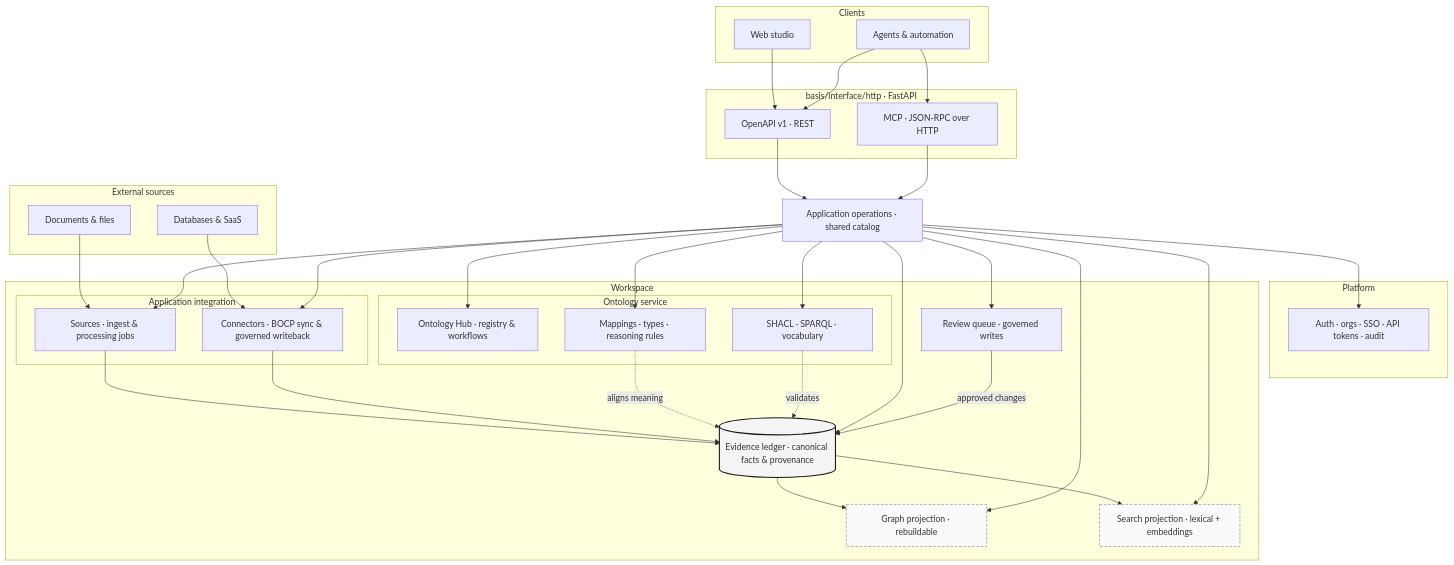
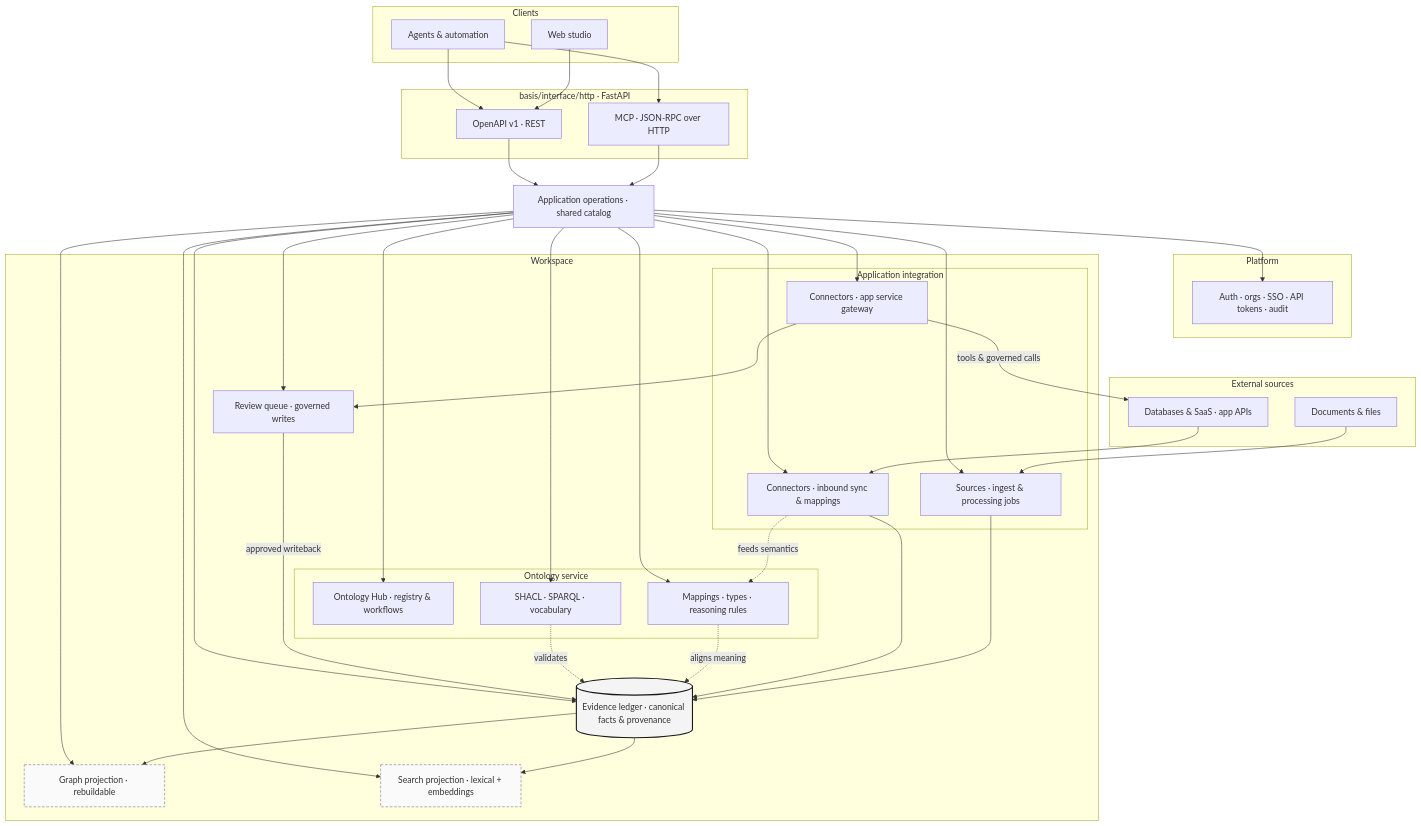
Before and after one commit to FellowOS/basis: the diagram in README.md, drawn with Mermaid. The commit also changed 2 other files, not shown here.

Commit message:
docs: show connectors as sync path and agent app-service gateway
Split connector roles in the architecture diagram: inbound sync into ledger/semantics versus MCP-governed tool access to external systems.

````diff
--- a/README.md
+++ b/README.md
@@ -60,72 +60,78 @@
 ```mermaid
 flowchart TB
   subgraph external["External sources"]
     docs["Documents & files"]
-    systems["Databases & SaaS"]
+    systems["Databases & SaaS · app APIs"]
   end
 
   subgraph clients["Clients"]
     studio["Web studio"]
     agents["Agents & automation"]
   end
 
   subgraph apiLayer["basis/interface/http · FastAPI"]
     rest["OpenAPI v1 · REST"]
     mcp["MCP · JSON-RPC over HTTP"]
   end
 
   ops["Application operations · shared catalog"]
 
   subgraph platform["Platform"]
     plat["Auth · orgs · SSO · API tokens · audit"]
   end
 
   subgraph workspace["Workspace"]
     subgraph integration["Application integration"]
       sources["Sources · ingest & processing jobs"]
-      conn["Connectors · BOCP sync & governed writeback"]
+      connSync["Connectors · inbound sync & mappings"]
+      connGw["Connectors · app service gateway"]
     end
 
     subgraph ontologySvc["Ontology service"]
       hub["Ontology Hub · registry & workflows"]
       govern["SHACL · SPARQL · vocabulary"]
       maps["Mappings · types · reasoning rules"]
     end
 
     ledger[("Evidence ledger · canonical facts & provenance")]
     review["Review queue · governed writes"]
     graphProj["Graph projection · rebuildable"]
     searchProj["Search projection · lexical + embeddings"]
   end
 
   docs --> sources
-  systems --> conn
+  systems --> connSync
   sources --> ledger
-  conn --> ledger
+  connSync --> ledger
+  connSync -.->|"feeds semantics"| maps
   maps -.->|"aligns meaning"| ledger
   govern -.->|"validates"| ledger
   ledger --> graphProj
   ledger --> searchProj
 
+  agents --> mcp
+  mcp --> ops
+  ops --> connGw
+  connGw -->|"tools & governed calls"| systems
+  connGw --> review
+  review -->|"approved writeback"| ledger
+
   studio --> rest
   agents --> rest
-  agents --> mcp
   rest --> ops
-  mcp --> ops
   ops --> plat
   ops --> sources
-  ops --> conn
+  ops --> connSync
   ops --> hub
   ops --> govern
   ops --> maps
   ops --> ledger
   ops --> graphProj
   ops --> searchProj
   ops --> review
-  review -->|"approved changes"| ledger
 
   classDef canonical fill:#f4f4f5,stroke:#18181b,stroke-width:2px
   classDef projection fill:#fafafa,stroke:#71717a,stroke-dasharray: 5 3
   class ledger canonical
   class graphProj,searchProj projection
 ```
````
